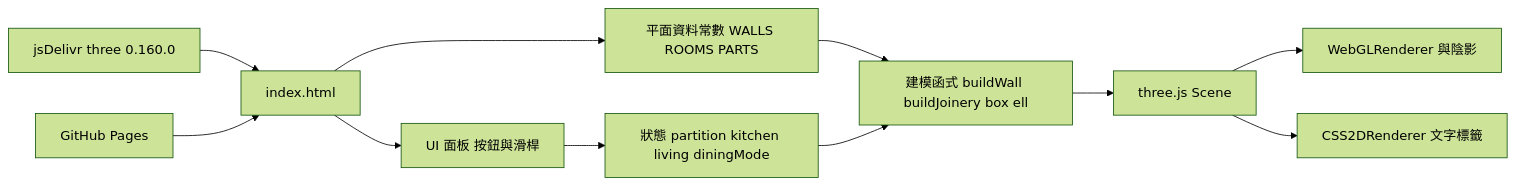
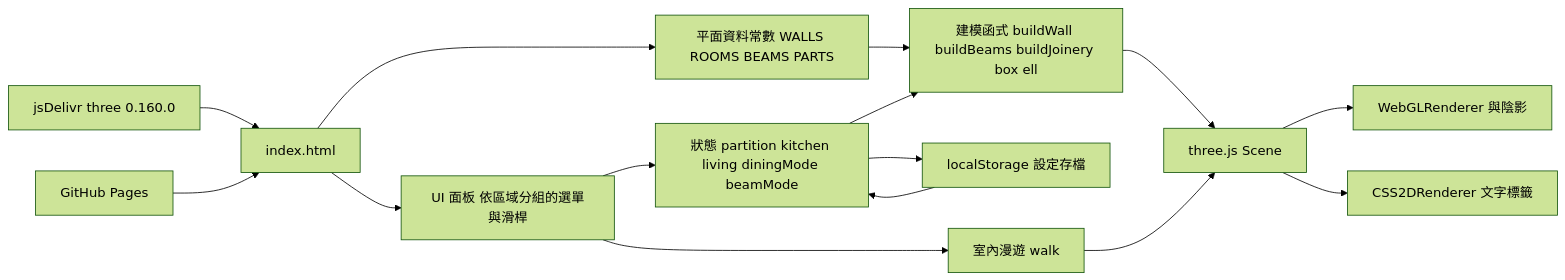
The first of 2 diagrams in docs/architecture.md (oopsdev/a07f02-3d), drawn with Mermaid (forest theme) before and after one commit. The commit also changed other lines of this file and 4 other files, not shown here.

````diff
--- a/docs/architecture.md
+++ b/docs/architecture.md
@@ -13,13 +13,17 @@
 ```mermaid
 flowchart LR
-  A[index.html] --> B[平面資料常數 WALLS ROOMS PARTS]
-  A --> C[UI 面板 按鈕與滑桿]
-  B --> D[建模函式 buildWall buildJoinery box ell]
-  C --> E[狀態 partition kitchen living diningMode]
+  A[index.html] --> B[平面資料常數 WALLS ROOMS BEAMS PARTS]
+  A --> C[UI 面板 依區域分組的選單與滑桿]
+  B --> D[建模函式 buildWall buildBeams buildJoinery box ell]
+  C --> E[狀態 partition kitchen living diningMode beamMode]
   E --> D
+  E --> K[localStorage 設定存檔]
+  K --> E
   D --> F[three.js Scene]
   F --> G[WebGLRenderer 與陰影]
   F --> H[CSS2DRenderer 文字標籤]
+  C --> W[室內漫遊 walk]
+  W --> F
   I[jsDelivr three 0.160.0] --> A
   J[GitHub Pages] --> A
 ```
````
